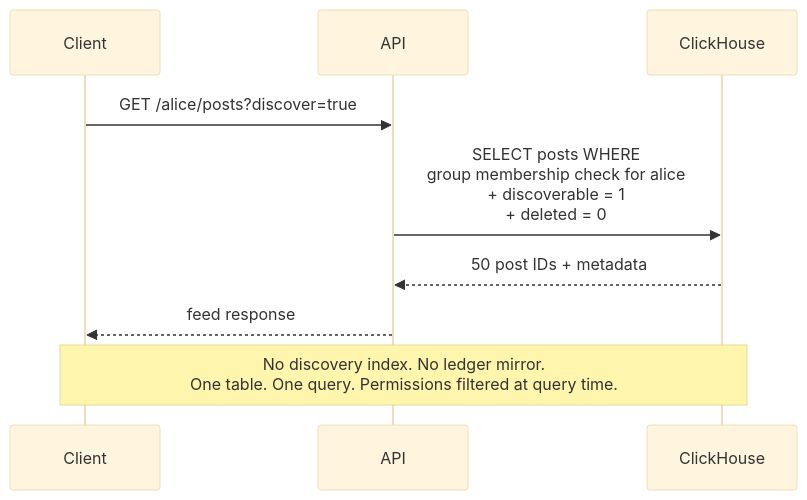
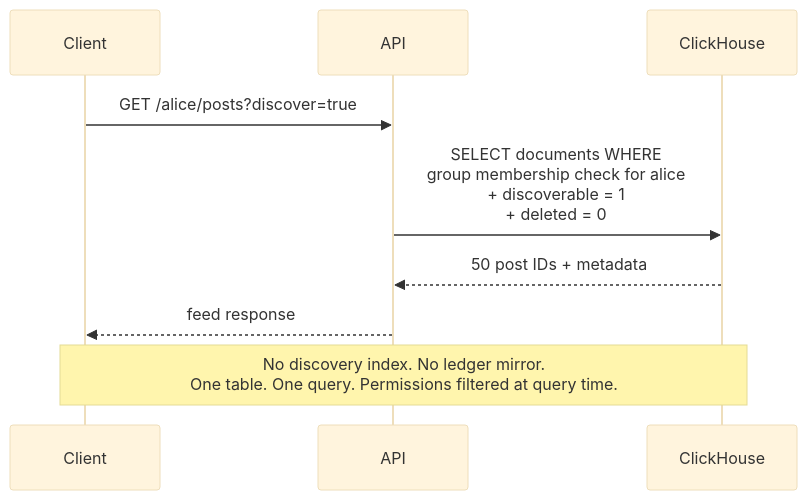
Before and after one commit to jacoby149/web10: the second of 7 diagrams in knowledge/knowledge-base/web10-v3/overview.md, drawn with Mermaid (base theme). The commit also changed other lines of this file and 17 other files, not shown here.

Commit message:
rename: posts table → documents table, post_id → doc_id, post_groups → doc_groups

````diff
--- a/knowledge/knowledge-base/web10-v3/overview.md
+++ b/knowledge/knowledge-base/web10-v3/overview.md
@@ -290,13 +290,13 @@
 ```mermaid
 sequenceDiagram
     participant Client
     participant API
     participant ClickHouse
 
     Client->>API: GET /alice/posts?discover=true
-    API->>ClickHouse: SELECT posts WHERE<br/>group membership check for alice<br/>+ discoverable = 1<br/>+ deleted = 0
+    API->>ClickHouse: SELECT documents WHERE<br/>group membership check for alice<br/>+ discoverable = 1<br/>+ deleted = 0
     ClickHouse-->>API: 50 post IDs + metadata
     API-->>Client: feed response
 
     Note over Client,ClickHouse: No discovery index. No ledger mirror.<br/>One table. One query. Permissions filtered at query time.
 ```
````
